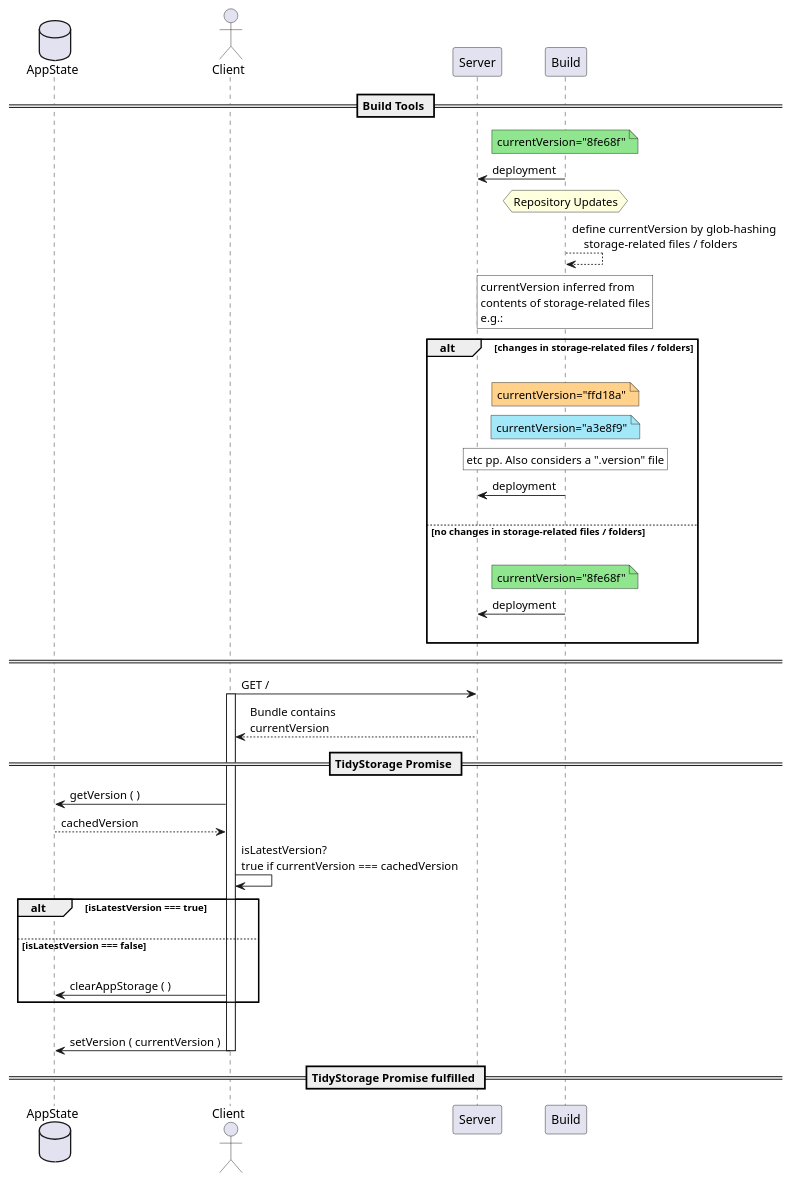
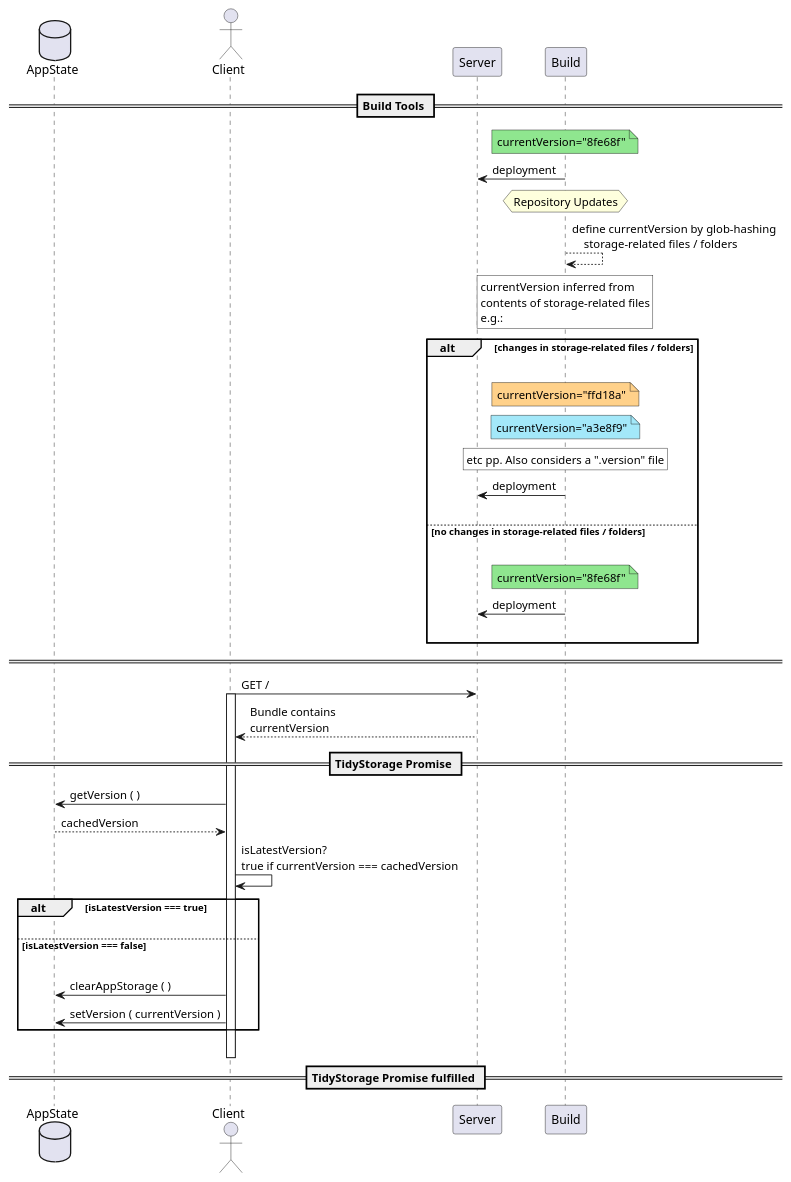
Before and after one commit to 4iAmAve/tidy-store: the diagram in flow.puml, drawn with PlantUML.

```diff
--- a/flow.puml
+++ b/flow.puml
@@ -1,62 +1,62 @@
 @startuml
 skinparam ParticipantPadding 20
 skinparam BoxPadding 10
 database AppState
 actor Client
 participant Server
 participant Build
 
 == Build Tools ==
 
 note over Build #8fe68f: currentVersion="8fe68f"
 Build -> Server: deployment
 
 hnote over Build: Repository Updates
 
 Build --> Build: define currentVersion by glob-hashing\n    storage-related files / folders
 
 rnote over Build #fff: currentVersion inferred from\ncontents of storage-related files\ne.g.:
 
 alt changes in storage-related files / folders
     |||
     note over Build #ffd18a: currentVersion="ffd18a"
     note over Build #a3e8f9: currentVersion="a3e8f9"
     rnote over Build #fff: etc pp. Also considers a \'".version\'" file
     Build -> Server: deployment
 |||
 else no changes in storage-related files / folders
 |||
     note over Build #8fe68f: currentVersion="8fe68f"
     Build -> Server: deployment
 |||
 end
 
 ==  ==
 
 Client -> Server: GET /
 
 activate Client
 
 Server --> Client: Bundle contains\ncurrentVersion
 
 == TidyStorage Promise ==
 
 Client -> AppState: getVersion ( )
 AppState --> Client: cachedVersion
 
 Client -> Client: isLatestVersion?\ntrue if currentVersion === cachedVersion
 
 alt isLatestVersion === true
 |||
 else isLatestVersion === false
 |||
    Client -> AppState: clearAppStorage ( )
+   Client -> AppState: setVersion ( currentVersion )
 end
 |||
-Client -> AppState: setVersion ( currentVersion )
 
 deactivate Client
 
 == TidyStorage Promise fulfilled ==
 
 @enduml
```
